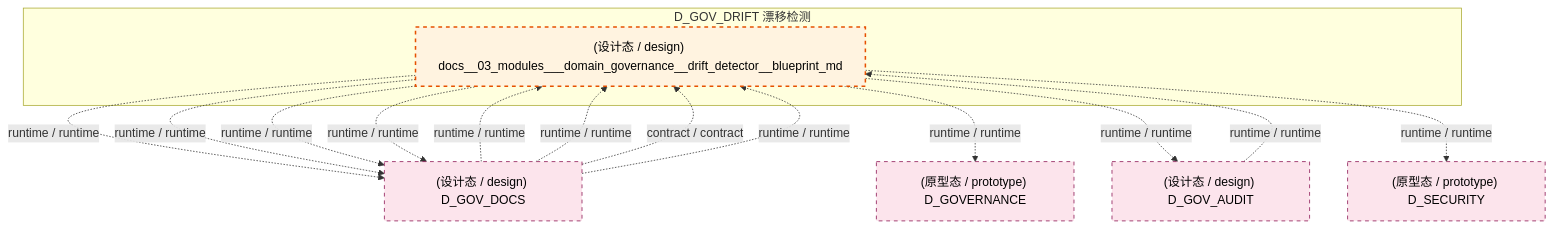
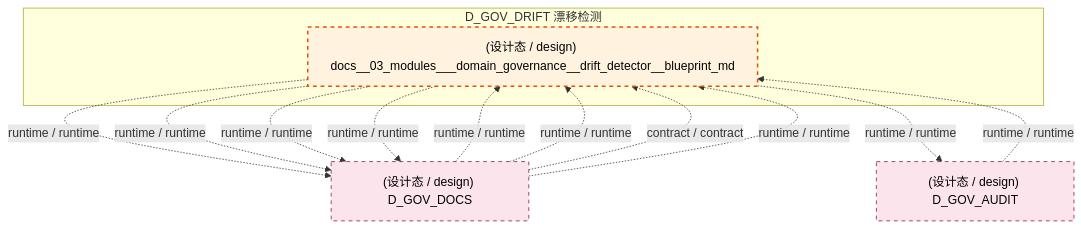
Before and after one commit to xuanFelixVan/ZephyrAlpha: the fifth of 7 diagrams in docs/02_enterprise_architecture/02_domain_architecture_docs/41_d_gov_drift.md, drawn with Mermaid. The commit also changed other lines of this file and 103 other files, not shown here.

````diff
--- a/docs/02_enterprise_architecture/02_domain_architecture_docs/41_d_gov_drift.md
+++ b/docs/02_enterprise_architecture/02_domain_architecture_docs/41_d_gov_drift.md
@@ -537,28 +534,24 @@
 ```mermaid
 graph TD
     subgraph D_GOV_DRIFT["D_GOV_DRIFT 漂移检测"]
         docs_03_modules_domain_governance_drift_detector_blueprint_md["(设计态 / design) docs__03_modules___domain_governance__drift_detector__blueprint_md"]
     end
     D_GOV_DOCS["(设计态 / design) D_GOV_DOCS"]
     docs_03_modules_domain_governance_drift_detector_blueprint_md -.->|runtime / runtime| D_GOV_DOCS
-    D_GOVERNANCE["(原型态 / prototype) D_GOVERNANCE"]
-    docs_03_modules_domain_governance_drift_detector_blueprint_md -.->|runtime / runtime| D_GOVERNANCE
     D_GOV_AUDIT["(设计态 / design) D_GOV_AUDIT"]
     docs_03_modules_domain_governance_drift_detector_blueprint_md -.->|runtime / runtime| D_GOV_AUDIT
-    D_SECURITY["(原型态 / prototype) D_SECURITY"]
-    docs_03_modules_domain_governance_drift_detector_blueprint_md -.->|runtime / runtime| D_SECURITY
     docs_03_modules_domain_governance_drift_detector_blueprint_md -.->|runtime / runtime| D_GOV_DOCS
     docs_03_modules_domain_governance_drift_detector_blueprint_md -.->|runtime / runtime| D_GOV_DOCS
     docs_03_modules_domain_governance_drift_detector_blueprint_md -.->|runtime / runtime| D_GOV_DOCS
     D_GOV_AUDIT -.->|runtime / runtime| docs_03_modules_domain_governance_drift_detector_blueprint_md
     D_GOV_DOCS -.->|runtime / runtime| docs_03_modules_domain_governance_drift_detector_blueprint_md
     D_GOV_DOCS -.->|runtime / runtime| docs_03_modules_domain_governance_drift_detector_blueprint_md
     D_GOV_DOCS -.->|contract / contract| docs_03_modules_domain_governance_drift_detector_blueprint_md
     D_GOV_DOCS -.->|runtime / runtime| docs_03_modules_domain_governance_drift_detector_blueprint_md
     classDef production fill:#e1f5fe,stroke:#01579b,stroke-width:2px,color:#000
     classDef design fill:#fff3e0,stroke:#e65100,stroke-width:2px,color:#000,stroke-dasharray: 5 5
     classDef external_prod fill:#e8f5e9,stroke:#1b5e20,stroke-width:1px,color:#000
     classDef external_design fill:#fce4ec,stroke:#880e4f,stroke-width:1px,color:#000,stroke-dasharray: 5 5
     class docs_03_modules_domain_governance_drift_detector_blueprint_md design
-    class D_GOV_DOCS,D_GOVERNANCE,D_GOV_AUDIT,D_SECURITY external_design
+    class D_GOV_DOCS,D_GOV_AUDIT external_design
 ```
````
